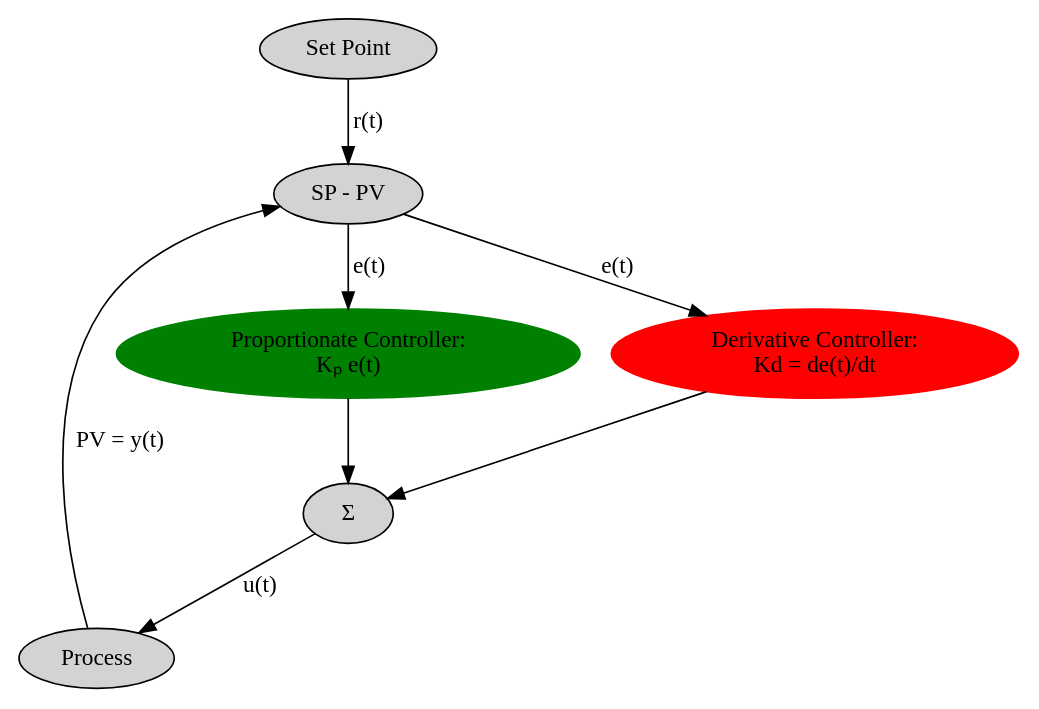
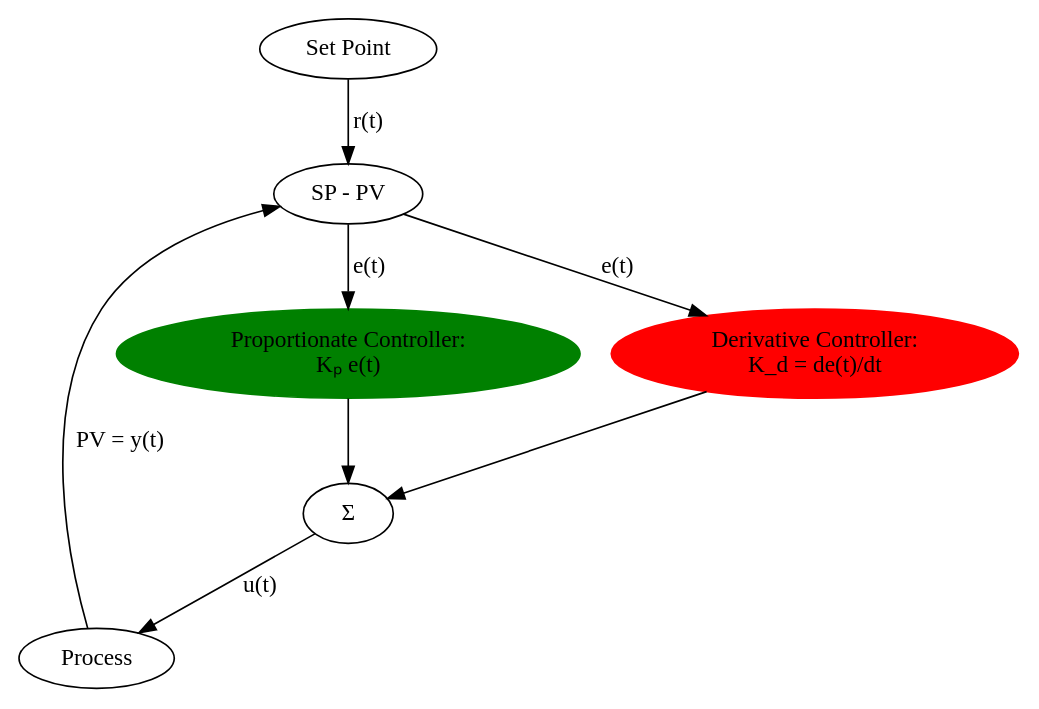
The diagram in pid-dotfiles/pd-controller.dot (brain-fuel-co/feedback), drawn with Graphviz before and after one commit. The commit also changed 8 other files, not shown here.

```diff
--- a/pid-dotfiles/pd-controller.dot
+++ b/pid-dotfiles/pd-controller.dot
@@ -1,17 +1,16 @@
 digraph PD {
-    node [style=filled];
     SP [label="Set Point"];
     PR [label="Process"];
     S1 [label="SP - PV"];
-    P  [color=green,label="Proportionate Controller:\nKₚ e(t)"];
-    D  [color=red,label="Derivative Controller:\nKd = de(t)/dt"];
+    P  [style=filled,color=green,label="Proportionate Controller:\nKₚ e(t)"];
+    D  [style=filled,color=red,label="Derivative Controller:\nK_d = de(t)/dt"];
     S2 [label="Σ"];
 
     SP -> S1 [label="r(t)"];
     PR -> S1 [label="PV = y(t)"];
     S1 -> P  [label="e(t)"];
     S1 -> D  [label="e(t)"];
     P  -> S2;
     D  -> S2;
     S2 -> PR [label="u(t)"];
 }
```
